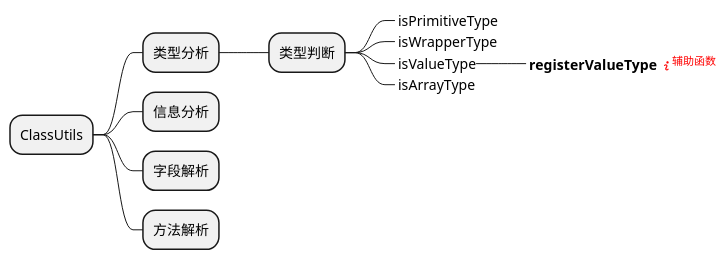
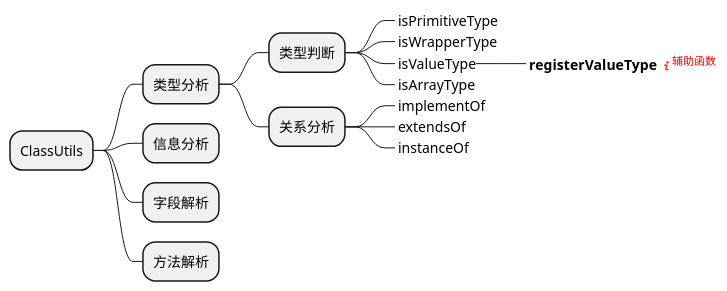
The diagram in beehive-core/src/main/resources/design-thought/util/ClassUtils-function.puml (akudy/beehive-parent), drawn with PlantUML before and after one commit. The commit also changed 10 other files, not shown here.

```diff
--- a/beehive-core/src/main/resources/design-thought/util/ClassUtils-function.puml
+++ b/beehive-core/src/main/resources/design-thought/util/ClassUtils-function.puml
@@ -1,19 +1,23 @@
 @startmindmap
 
 * ClassUtils
 
 ** 类型分析
 *** 类型判断
 ****_ isPrimitiveType
 ****_ isWrapperType
 ****_ isValueType
 *****_ <b>registerValueType</b> <font color=red><&info><sup>辅助函数</sup></font>
 ****_ isArrayType
+*** 关系分析
+****_ implementOf
+****_ extendsOf
+****_ instanceOf
 
 ** 信息分析
 
 ** 字段解析
 
 ** 方法解析
 
 @endmindmap
```
